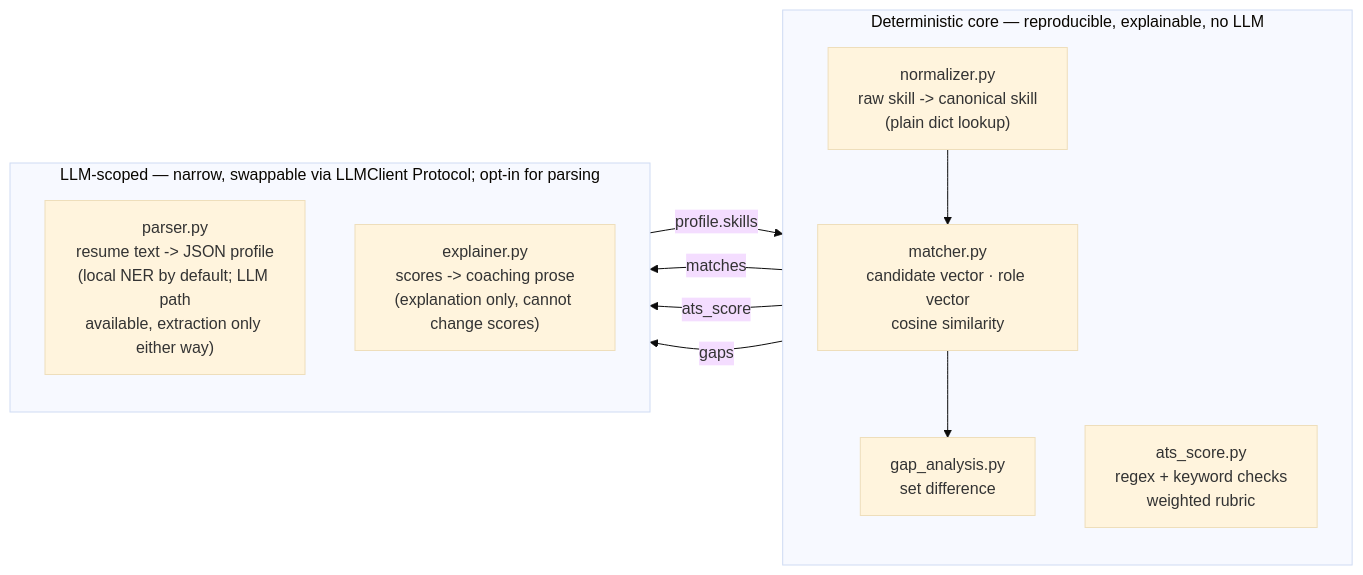
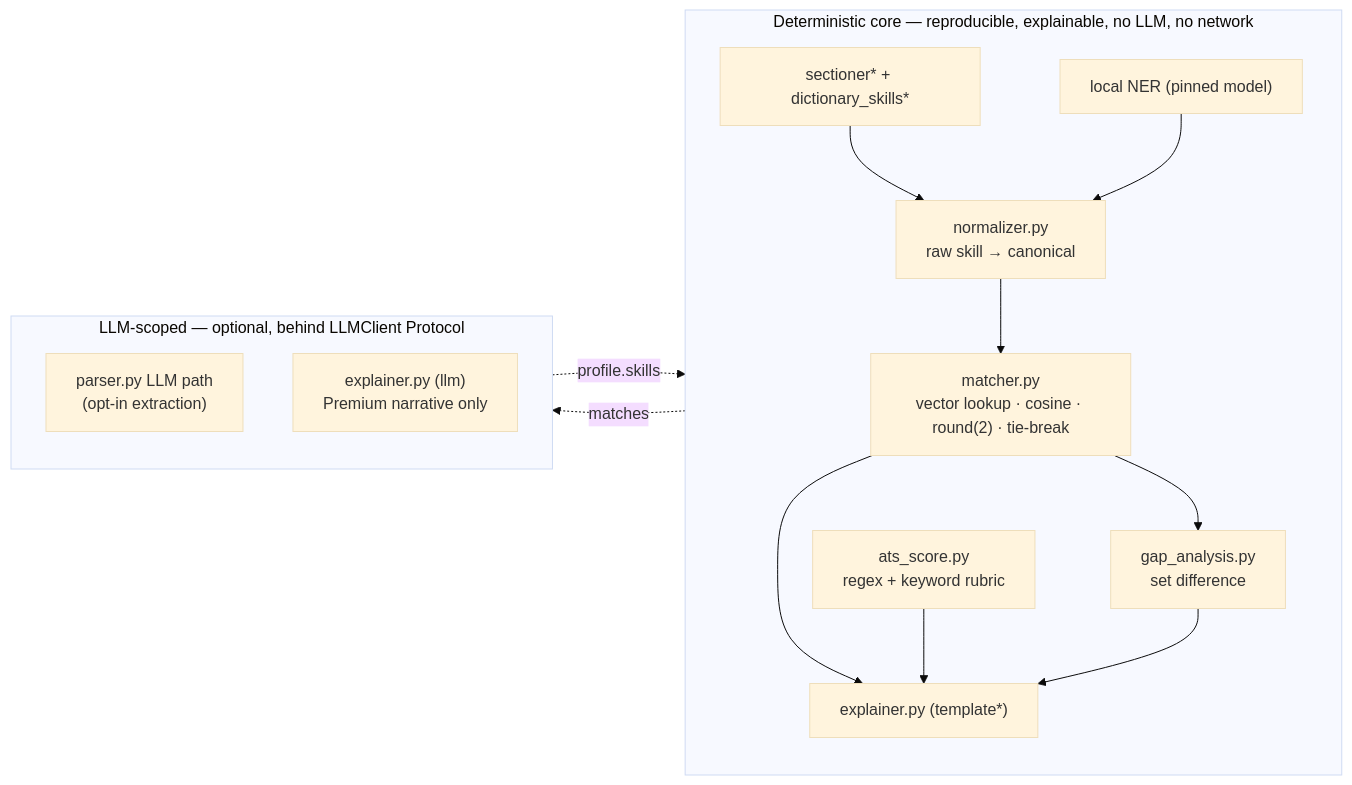
One commit to biswas2200/Smart-Resume-Analyzer-and-Job-Recommendation-System changed the second of 4 diagrams in docs/architecture.md. Above: the diagram before and after it, drawn with Mermaid (base theme). The commit also changed other lines of this file and 20 other files, not shown here.

````diff
--- a/docs/architecture.md
+++ b/docs/architecture.md
@@ -76,21 +91,25 @@
 ```mermaid
 flowchart LR
-    subgraph Deterministic["Deterministic core — reproducible, explainable, no LLM"]
+    subgraph Deterministic["Deterministic core — reproducible, explainable, no LLM, no network"]
         direction TB
-        N["normalizer.py\nraw skill -> canonical skill\n(plain dict lookup)"]
-        M["matcher.py\ncandidate vector · role vector\ncosine similarity"]
-        A["ats_score.py\nregex + keyword checks\nweighted rubric"]
+        S["sectioner* + dictionary_skills*"]
+        NER["local NER (pinned model)"]
+        N["normalizer.py\nraw skill → canonical"]
+        M["matcher.py\nvector lookup · cosine · round(2) · tie-break"]
+        A["ats_score.py\nregex + keyword rubric"]
         G["gap_analysis.py\nset difference"]
-        N --> M
+        T["explainer.py (template*)"]
+        S --> N --> M --> G
+        NER --> N
+        M --> T
+        A --> T
+        G --> T
     end
-    subgraph LLMScoped["LLM-scoped — narrow, swappable via LLMClient Protocol; opt-in for parsing"]
+    subgraph LLMScoped["LLM-scoped — optional, behind LLMClient Protocol"]
         direction TB
-        P["parser.py\nresume text -> JSON profile\n(local NER by default; LLM path\navailable, extraction only either way)"]
-        E["explainer.py\nscores -> coaching prose\n(explanation only, cannot change scores)"]
+        P["parser.py LLM path\n(opt-in extraction)"]
+        E["explainer.py (llm)\nPremium narrative only"]
     end
-    P -->|profile.skills| N
-    M --> G
-    M -->|matches| E
-    A -->|ats_score| E
-    G -->|gaps| E
+    P -.->|profile.skills| N
+    M -.->|matches| E
 ```
````
